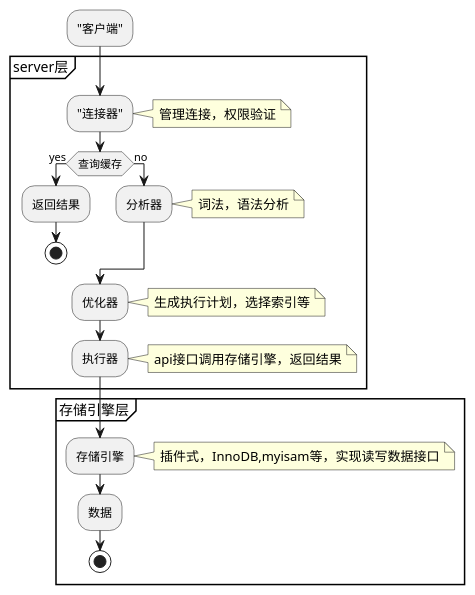
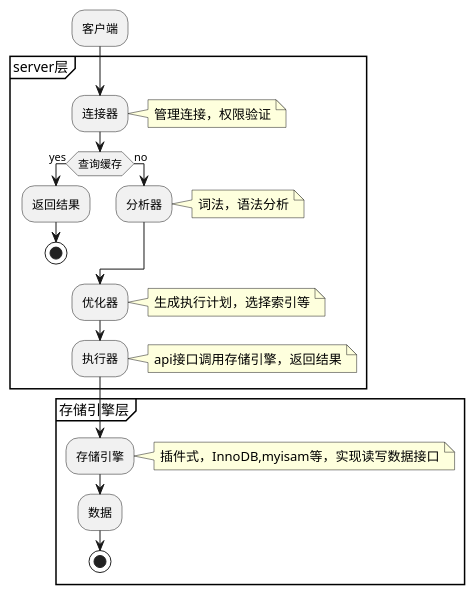
Before and after one commit to GitZW/gitzw.github.io: the diagram in post_resources/2019-04-11/sql.puml, drawn with PlantUML. The commit also changed 2 other files, not shown here.

Commit message:
连接器

```diff
--- a/post_resources/2019-04-11/sql.puml
+++ b/post_resources/2019-04-11/sql.puml
@@ -1,39 +1,39 @@
 @startuml
-:"客户端";
+:客户端;
 partition server层 {
-:"连接器";
+:连接器;
     note right
          管理连接，权限验证
     end note
 
 if (查询缓存) then (yes)
     :返回结果;
     stop
 else (no)
     :分析器;
     note right
          词法，语法分析
     end note
 endif
 
     :优化器;
      note right
          生成执行计划，选择索引等
     end note
 
     :执行器;
     note right
         api接口调用存储引擎，返回结果
     end note
 }
 partition 存储引擎层 {
 
     :存储引擎;
     note right
          插件式，InnoDB,myisam等，实现读写数据接口
     end note
     :数据;
     stop
 
 }
 @enduml
```
